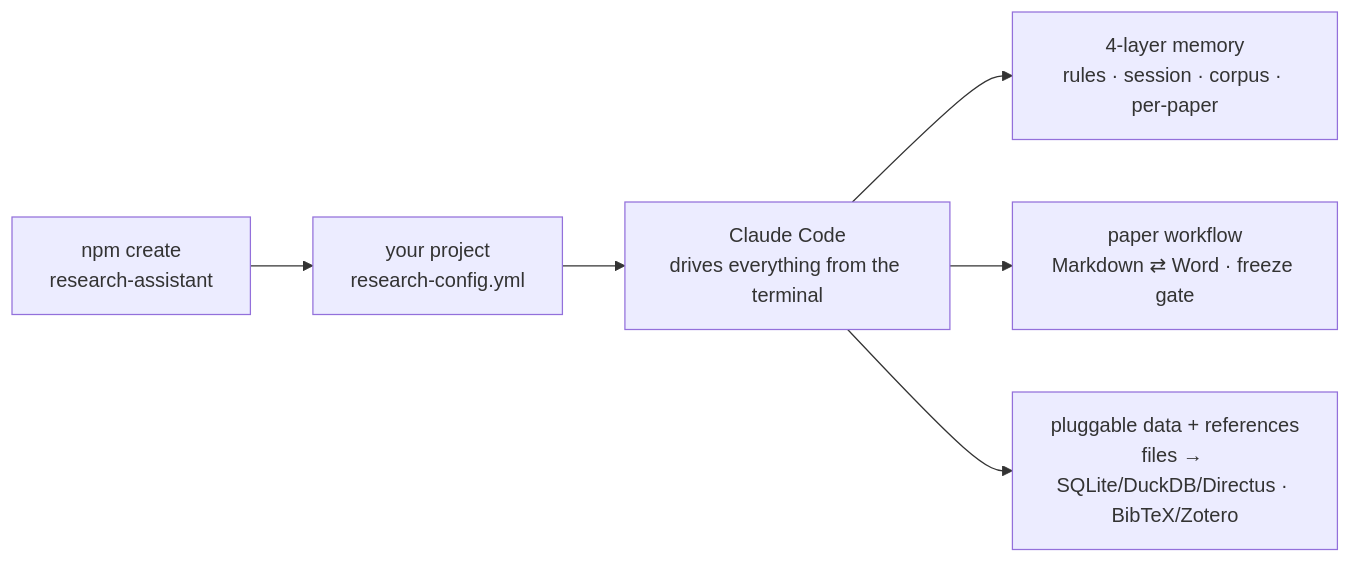
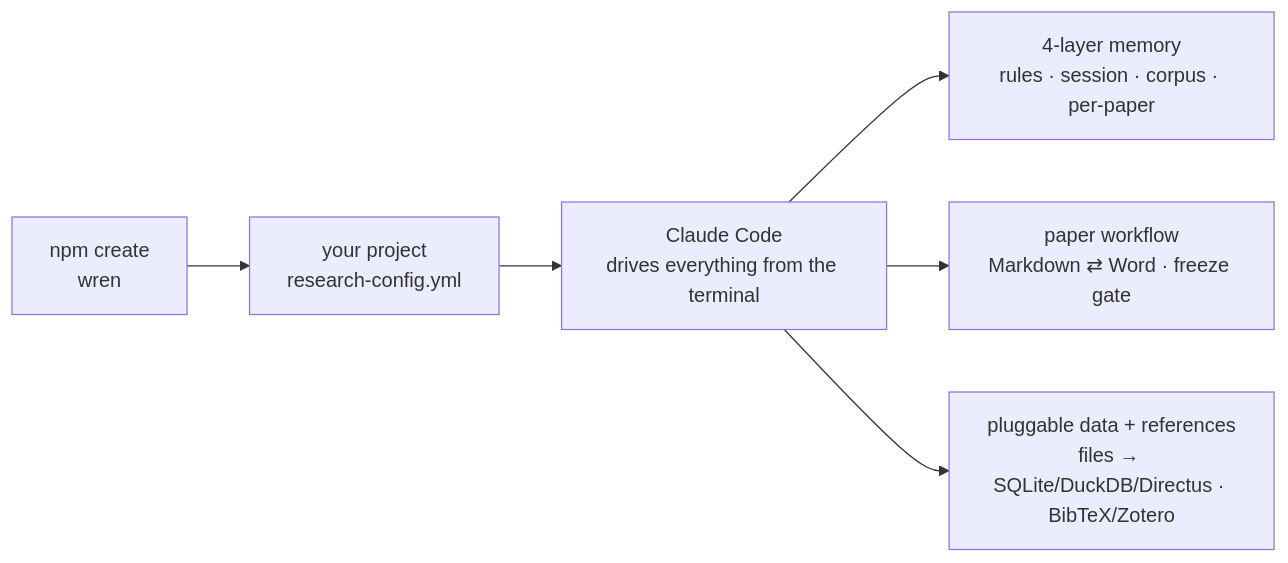
One commit to rchoularton/wren changed the diagram in README.md. Above: the diagram before and after it, drawn with Mermaid. The commit also changed other lines of this file and 24 other files, not shown here.

First line of the commit message:
Rename project to Wren (create-wren)

````diff
--- a/README.md
+++ b/README.md
@@ -21,8 +21,8 @@
 ```mermaid
 flowchart LR
-    S["npm create<br/>research-assistant"] --> P["your project<br/>research-config.yml"]
+    S["npm create<br/>wren"] --> P["your project<br/>research-config.yml"]
     P --> CC["Claude Code<br/>drives everything from the terminal"]
     CC --> M["4-layer memory<br/>rules · session · corpus · per-paper"]
     CC --> W["paper workflow<br/>Markdown ⇄ Word · freeze gate"]
     CC --> D["pluggable data + references<br/>files → SQLite/DuckDB/Directus · BibTeX/Zotero"]
 ```
````
